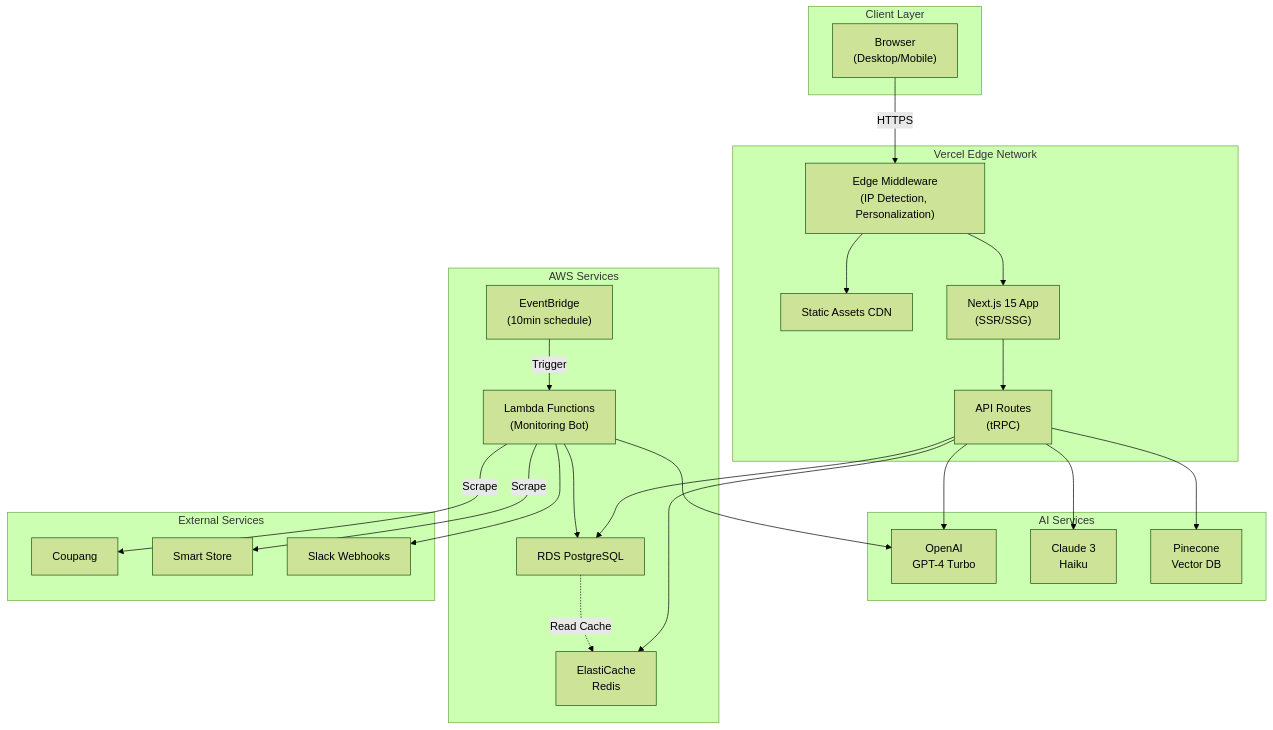
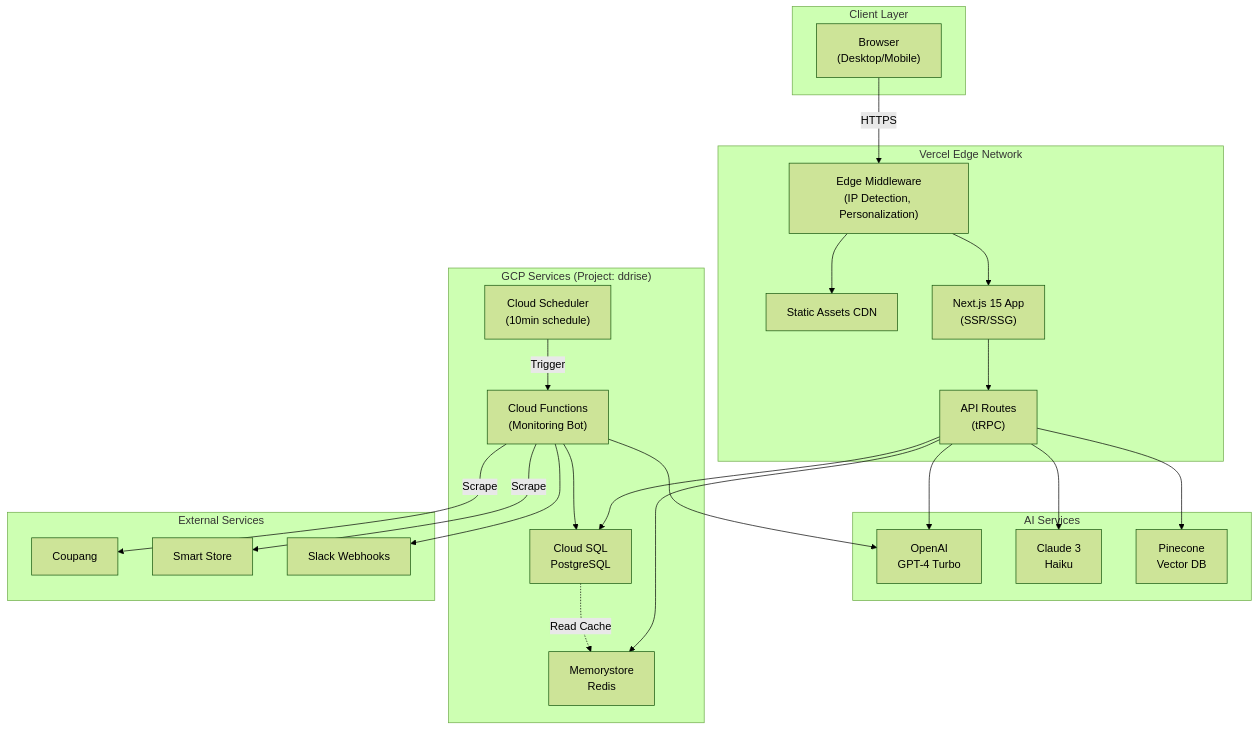
The diagram in docs/architecture/high-level-architecture.md (myaji35/ddrise), drawn with Mermaid (forest theme) before and after one commit. The commit also changed other lines of this file and 56 other files, not shown here.

````diff
--- a/docs/architecture/high-level-architecture.md
+++ b/docs/architecture/high-level-architecture.md
@@ -80,51 +80,51 @@
 ```mermaid
 graph TB
     subgraph Client["Client Layer"]
         Browser["Browser<br/>(Desktop/Mobile)"]
     end
 
     subgraph Vercel["Vercel Edge Network"]
         Edge["Edge Middleware<br/>(IP Detection, Personalization)"]
         CDN["Static Assets CDN"]
         NextApp["Next.js 15 App<br/>(SSR/SSG)"]
         API["API Routes<br/>(tRPC)"]
     end
 
     subgraph AI["AI Services"]
         OpenAI["OpenAI<br/>GPT-4 Turbo"]
         Claude["Claude 3<br/>Haiku"]
         Pinecone["Pinecone<br/>Vector DB"]
     end
 
-    subgraph AWS["AWS Services"]
-        Lambda["Lambda Functions<br/>(Monitoring Bot)"]
-        EventBridge["EventBridge<br/>(10min schedule)"]
-        RDS["RDS PostgreSQL"]
-        ElastiCache["ElastiCache<br/>Redis"]
+    subgraph GCP["GCP Services (Project: ddrise)"]
+        CloudFunctions["Cloud Functions<br/>(Monitoring Bot)"]
+        CloudScheduler["Cloud Scheduler<br/>(10min schedule)"]
+        CloudSQL["Cloud SQL<br/>PostgreSQL"]
+        Memorystore["Memorystore<br/>Redis"]
     end
 
     subgraph External["External Services"]
         Coupang["Coupang"]
         SmartStore["Smart Store"]
         Slack["Slack Webhooks"]
     end
 
     Browser -->|HTTPS| Edge
     Edge --> NextApp
     Edge --> CDN
     NextApp --> API
     API --> OpenAI
     API --> Claude
     API --> Pinecone
-    API --> RDS
-    API --> ElastiCache
+    API --> CloudSQL
+    API --> Memorystore
 
-    EventBridge -->|Trigger| Lambda
-    Lambda -->|Scrape| Coupang
-    Lambda -->|Scrape| SmartStore
-    Lambda --> OpenAI
-    Lambda --> RDS
-    Lambda --> Slack
+    CloudScheduler -->|Trigger| CloudFunctions
+    CloudFunctions -->|Scrape| Coupang
+    CloudFunctions -->|Scrape| SmartStore
+    CloudFunctions --> OpenAI
+    CloudFunctions --> CloudSQL
+    CloudFunctions --> Slack
 
-    RDS -.->|Read Cache| ElastiCache
+    CloudSQL -.->|Read Cache| Memorystore
 ```
````
